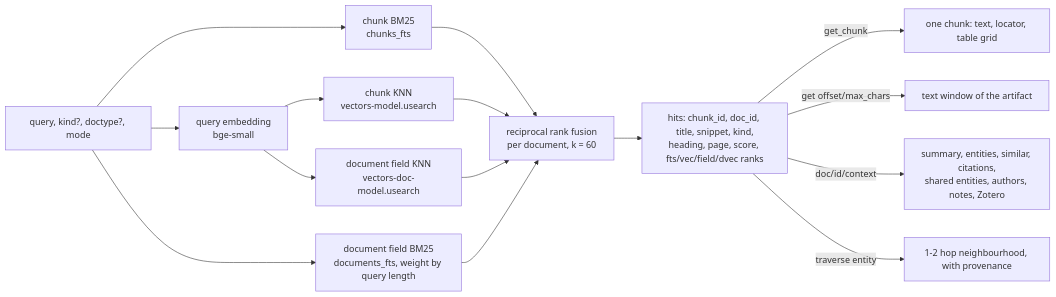
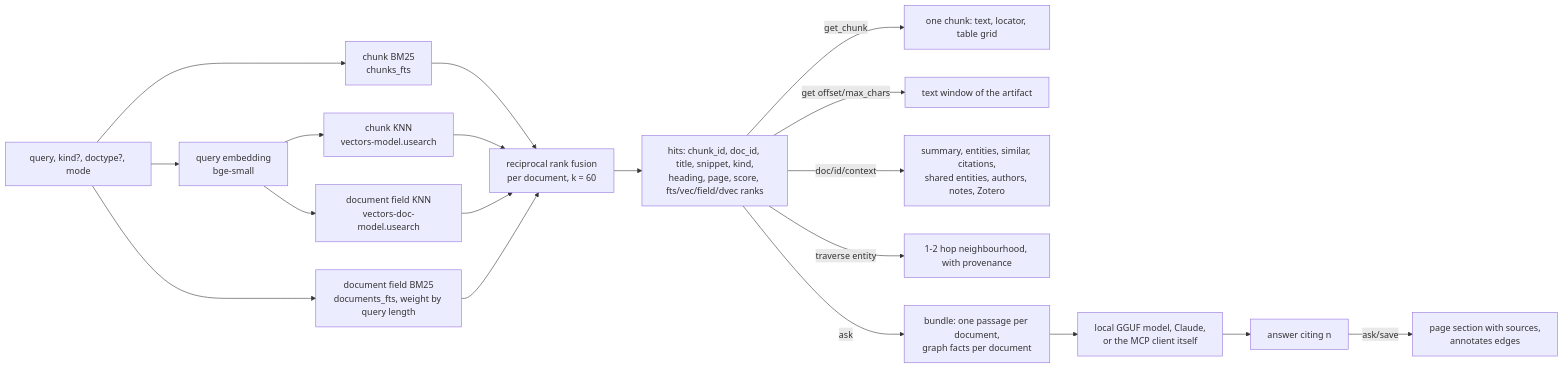
One commit to lodsb/prax changed the third of 3 diagrams in docs/architecture.md. Above: the diagram before and after it, drawn with Mermaid. The commit also changed other lines of this file and 17 other files, not shown here.

First line of the commit message:
feat: ask: a question answered from the library with citations, local model first

````diff
--- a/docs/architecture.md
+++ b/docs/architecture.md
@@ -153,16 +153,17 @@
 ```mermaid
 flowchart LR
   Q[query, kind?, doctype?, mode] --> FTS[chunk BM25<br/>chunks_fts]
   Q --> QE[query embedding<br/>bge-small] --> KNN[chunk KNN<br/>vectors-model.usearch]
   Q --> DF[document field BM25<br/>documents_fts, weight by query length]
   QE --> DK[document field KNN<br/>vectors-doc-model.usearch]
   FTS --> RRF[reciprocal rank fusion<br/>per document, k = 60]
   KNN --> RRF
   DF --> RRF
   DK --> RRF
   RRF --> H[hits: chunk_id, doc_id, title, snippet, kind,<br/>heading, page, score, fts/vec/field/dvec ranks]
   H -->|get_chunk| C[one chunk: text, locator, table grid]
   H -->|get offset/max_chars| T[text window of the artifact]
   H -->|doc/id/context| X[summary, entities, similar, citations,<br/>shared entities, authors, notes, Zotero]
   H -->|traverse entity| G[1-2 hop neighbourhood, with provenance]
+  H -->|ask| B[bundle: one passage per document,<br/>graph facts per document] --> M[local GGUF model, Claude,<br/>or the MCP client itself] --> A[answer citing n] -->|ask/save| P[page section with sources,<br/>annotates edges]
 ```
````
